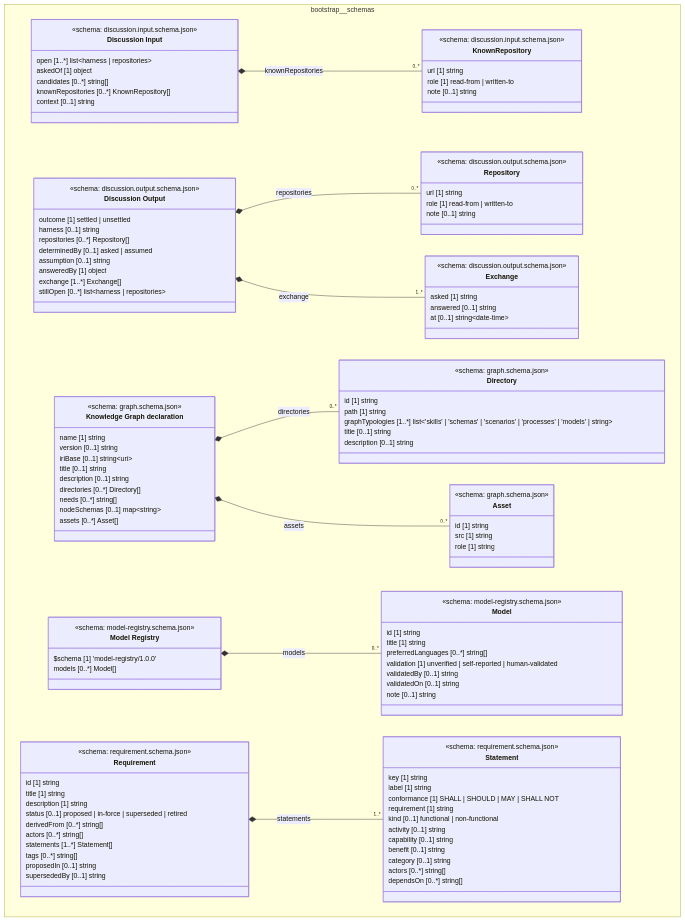
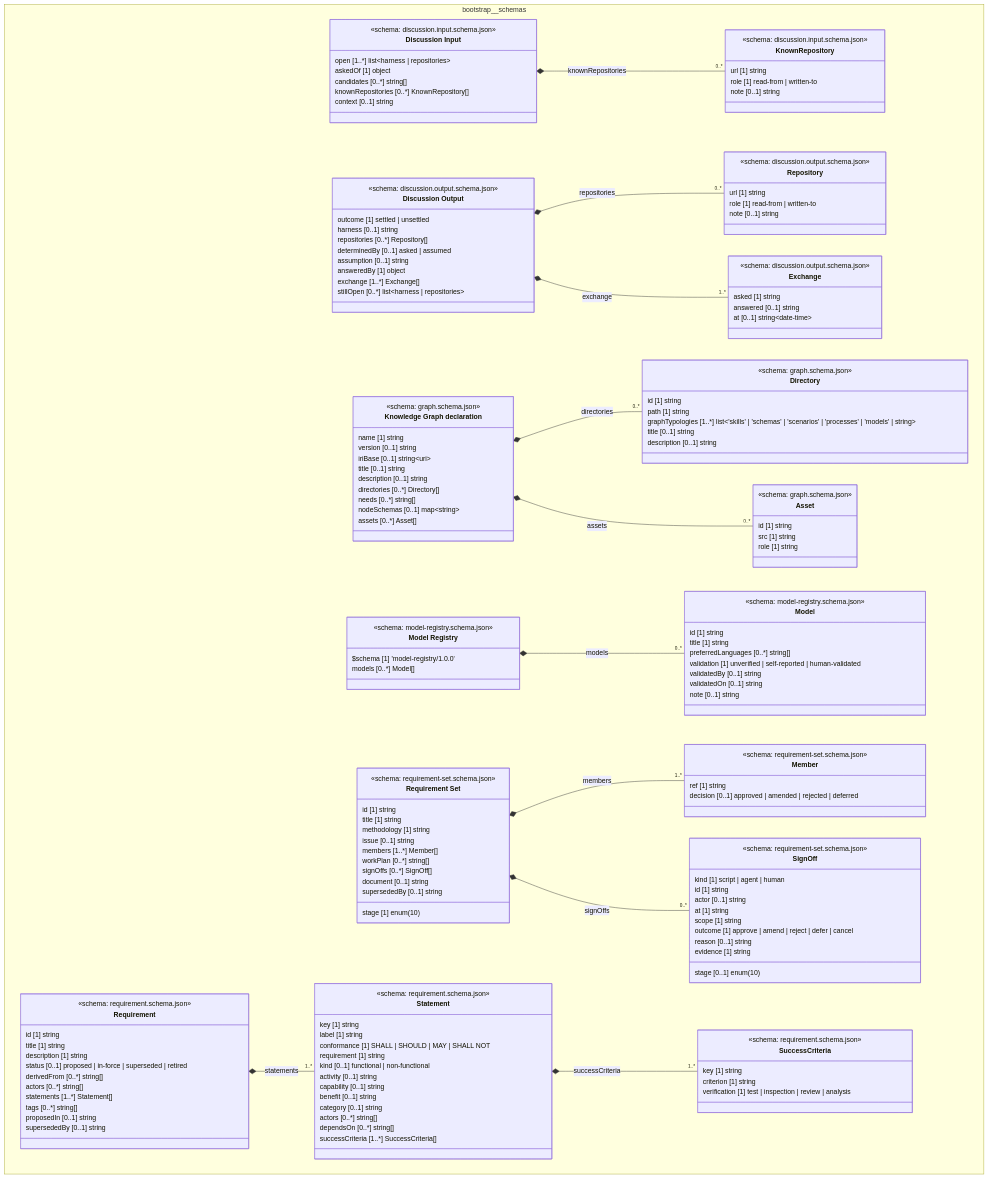
The diagram in cat-harness/uml/overview/bootstrap/schemas.mmd (litlfred/folio-assistant), drawn with Mermaid before and after one commit. The commit also changed 66 other files, not shown here.

```diff
--- a/cat-harness/uml/overview/bootstrap/schemas.mmd
+++ b/cat-harness/uml/overview/bootstrap/schemas.mmd
@@ -1,128 +1,172 @@
 classDiagram
   direction TB
   namespace bootstrap__schemas {
     class bootstrap_schemas_discussion_input_schema_json_KnownRepository["KnownRepository"] {
       <<schema: discussion.input.schema.json>>
       url [1] string
       role [1] read-from | written-to
       note [0..1] string
     }
     class bootstrap_schemas_discussion_input_schema_json_Discussion_Input["Discussion Input"] {
       <<schema: discussion.input.schema.json>>
       open [1..*] list~harness | repositories~
       askedOf [1] object
       candidates [0..*] string[]
       knownRepositories [0..*] KnownRepository[]
       context [0..1] string
     }
     class bootstrap_schemas_discussion_output_schema_json_Repository["Repository"] {
       <<schema: discussion.output.schema.json>>
       url [1] string
       role [1] read-from | written-to
       note [0..1] string
     }
     class bootstrap_schemas_discussion_output_schema_json_Exchange["Exchange"] {
       <<schema: discussion.output.schema.json>>
       asked [1] string
       answered [0..1] string
       at [0..1] string~date-time~
     }
     class bootstrap_schemas_discussion_output_schema_json_Discussion_Output["Discussion Output"] {
       <<schema: discussion.output.schema.json>>
       outcome [1] settled | unsettled
       harness [0..1] string
       repositories [0..*] Repository[]
       determinedBy [0..1] asked | assumed
       assumption [0..1] string
       answeredBy [1] object
       exchange [1..*] Exchange[]
       stillOpen [0..*] list~harness | repositories~
     }
     class bootstrap_schemas_graph_schema_json_Directory["Directory"] {
       <<schema: graph.schema.json>>
       id [1] string
       path [1] string
       graphTypologies [1..*] list~'skills' | 'schemas' | 'scenarios' | 'processes' | 'models' | string~
       title [0..1] string
       description [0..1] string
     }
     class bootstrap_schemas_graph_schema_json_Asset["Asset"] {
       <<schema: graph.schema.json>>
       id [1] string
       src [1] string
       role [1] string
     }
     class bootstrap_schemas_graph_schema_json_Knowledge_Graph_declaration["Knowledge Graph declaration"] {
       <<schema: graph.schema.json>>
       name [1] string
       version [0..1] string
       iriBase [0..1] string~uri~
       title [0..1] string
       description [0..1] string
       directories [0..*] Directory[]
       needs [0..*] string[]
       nodeSchemas [0..1] map~string~
       assets [0..*] Asset[]
     }
     class bootstrap_schemas_model_registry_schema_json_Model["Model"] {
       <<schema: model-registry.schema.json>>
       id [1] string
       title [1] string
       preferredLanguages [0..*] string[]
       validation [1] unverified | self-reported | human-validated
       validatedBy [0..1] string
       validatedOn [0..1] string
       note [0..1] string
     }
     class bootstrap_schemas_model_registry_schema_json_Model_Registry["Model Registry"] {
       <<schema: model-registry.schema.json>>
       $schema [1] 'model-registry/1.0.0'
       models [0..*] Model[]
     }
+    class bootstrap_schemas_requirement_set_schema_json_Member["Member"] {
+      <<schema: requirement-set.schema.json>>
+      ref [1] string
+      decision [0..1] approved | amended | rejected | deferred
+    }
+    class bootstrap_schemas_requirement_set_schema_json_SignOff["SignOff"] {
+      <<schema: requirement-set.schema.json>>
+      kind [1] script | agent | human
+      id [1] string
+      actor [0..1] string
+      at [1] string
+      scope [1] string
+      outcome [1] approve | amend | reject | defer | cancel
+      stage [0..1] enum(10)
+      reason [0..1] string
+      evidence [1] string
+    }
+    class bootstrap_schemas_requirement_set_schema_json_Requirement_Set["Requirement Set"] {
+      <<schema: requirement-set.schema.json>>
+      id [1] string
+      title [1] string
+      methodology [1] string
+      issue [0..1] string
+      stage [1] enum(10)
+      members [1..*] Member[]
+      workPlan [0..*] string[]
+      signOffs [0..*] SignOff[]
+      document [0..1] string
+      supersededBy [0..1] string
+    }
+    class bootstrap_schemas_requirement_schema_json_SuccessCriteria["SuccessCriteria"] {
+      <<schema: requirement.schema.json>>
+      key [1] string
+      criterion [1] string
+      verification [1] test | inspection | review | analysis
+    }
     class bootstrap_schemas_requirement_schema_json_Statement["Statement"] {
       <<schema: requirement.schema.json>>
       key [1] string
       label [1] string
       conformance [1] SHALL | SHOULD | MAY | SHALL NOT
       requirement [1] string
       kind [0..1] functional | non-functional
       activity [0..1] string
       capability [0..1] string
       benefit [0..1] string
       category [0..1] string
       actors [0..*] string[]
       dependsOn [0..*] string[]
+      successCriteria [1..*] SuccessCriteria[]
     }
     class bootstrap_schemas_requirement_schema_json_Requirement["Requirement"] {
       <<schema: requirement.schema.json>>
       id [1] string
       title [1] string
       description [1] string
       status [0..1] proposed | in-force | superseded | retired
       derivedFrom [0..*] string[]
       actors [0..*] string[]
       statements [1..*] Statement[]
       tags [0..*] string[]
       proposedIn [0..1] string
       supersededBy [0..1] string
     }
   }
   bootstrap_schemas_discussion_input_schema_json_Discussion_Input *-- "0..*" bootstrap_schemas_discussion_input_schema_json_KnownRepository : knownRepositories
   bootstrap_schemas_discussion_output_schema_json_Discussion_Output *-- "0..*" bootstrap_schemas_discussion_output_schema_json_Repository : repositories
   bootstrap_schemas_discussion_output_schema_json_Discussion_Output *-- "1..*" bootstrap_schemas_discussion_output_schema_json_Exchange : exchange
   bootstrap_schemas_graph_schema_json_Knowledge_Graph_declaration *-- "0..*" bootstrap_schemas_graph_schema_json_Directory : directories
   bootstrap_schemas_graph_schema_json_Knowledge_Graph_declaration *-- "0..*" bootstrap_schemas_graph_schema_json_Asset : assets
   bootstrap_schemas_model_registry_schema_json_Model_Registry *-- "0..*" bootstrap_schemas_model_registry_schema_json_Model : models
+  bootstrap_schemas_requirement_set_schema_json_Requirement_Set *-- "1..*" bootstrap_schemas_requirement_set_schema_json_Member : members
+  bootstrap_schemas_requirement_set_schema_json_Requirement_Set *-- "0..*" bootstrap_schemas_requirement_set_schema_json_SignOff : signOffs
+  bootstrap_schemas_requirement_schema_json_Statement *-- "1..*" bootstrap_schemas_requirement_schema_json_SuccessCriteria : successCriteria
   bootstrap_schemas_requirement_schema_json_Requirement *-- "1..*" bootstrap_schemas_requirement_schema_json_Statement : statements
   cssClass "bootstrap_schemas_discussion_input_schema_json_KnownRepository" fa_uml_kind_schemas
   cssClass "bootstrap_schemas_discussion_input_schema_json_Discussion_Input" fa_uml_kind_schemas
   cssClass "bootstrap_schemas_discussion_output_schema_json_Repository" fa_uml_kind_schemas
   cssClass "bootstrap_schemas_discussion_output_schema_json_Exchange" fa_uml_kind_schemas
   cssClass "bootstrap_schemas_discussion_output_schema_json_Discussion_Output" fa_uml_kind_schemas
   cssClass "bootstrap_schemas_graph_schema_json_Directory" fa_uml_kind_schemas
   cssClass "bootstrap_schemas_graph_schema_json_Asset" fa_uml_kind_schemas
   cssClass "bootstrap_schemas_graph_schema_json_Knowledge_Graph_declaration" fa_uml_kind_schemas
   cssClass "bootstrap_schemas_model_registry_schema_json_Model" fa_uml_kind_schemas
   cssClass "bootstrap_schemas_model_registry_schema_json_Model_Registry" fa_uml_kind_schemas
+  cssClass "bootstrap_schemas_requirement_set_schema_json_Member" fa_uml_kind_schemas
+  cssClass "bootstrap_schemas_requirement_set_schema_json_SignOff" fa_uml_kind_schemas
+  cssClass "bootstrap_schemas_requirement_set_schema_json_Requirement_Set" fa_uml_kind_schemas
+  cssClass "bootstrap_schemas_requirement_schema_json_SuccessCriteria" fa_uml_kind_schemas
   cssClass "bootstrap_schemas_requirement_schema_json_Statement" fa_uml_kind_schemas
   cssClass "bootstrap_schemas_requirement_schema_json_Requirement" fa_uml_kind_schemas
```
